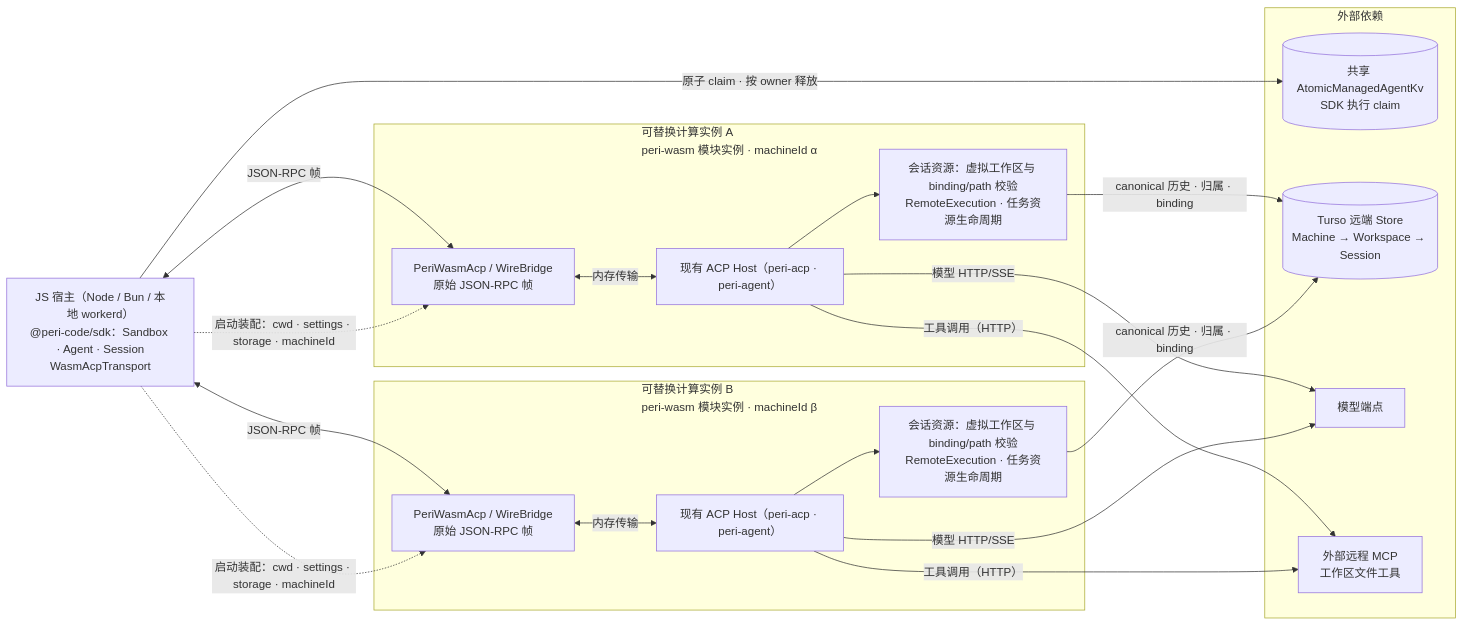
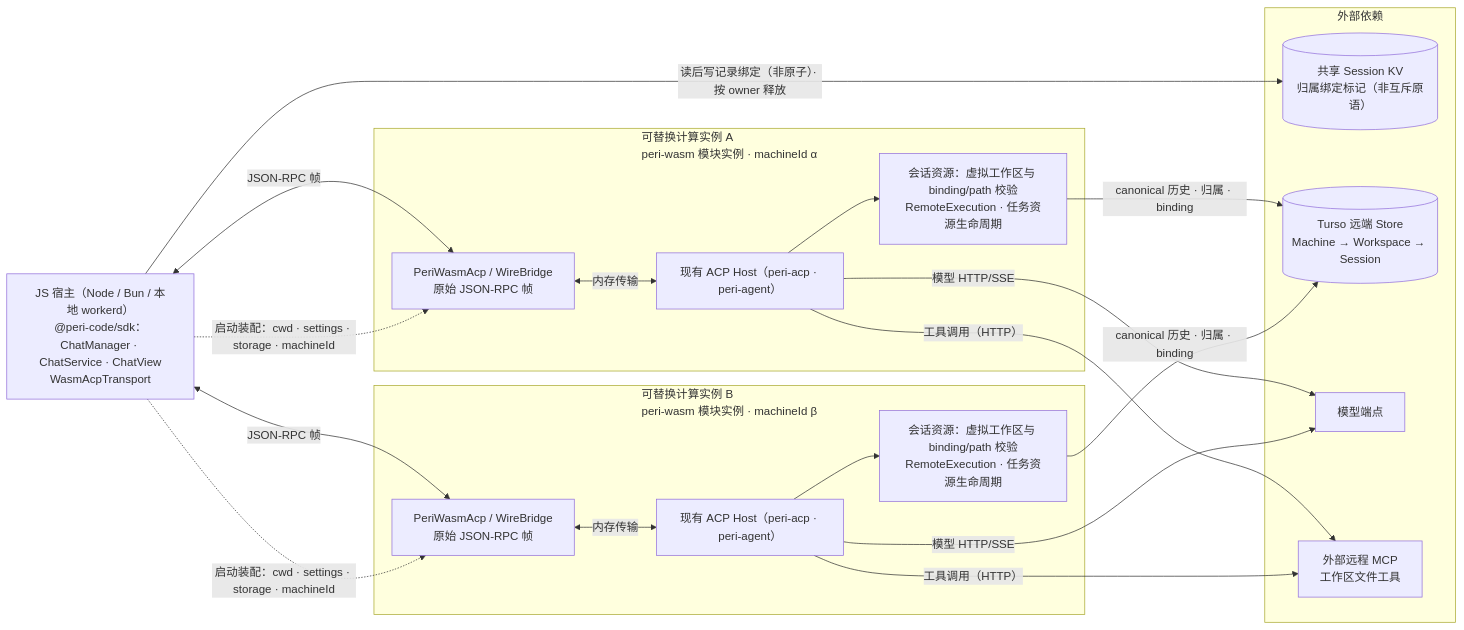
One commit to KonghaYao/peri changed the diagram in docs/design/serverless-execution-identity.md. Above: the diagram before and after it, drawn with Mermaid. The commit also changed other lines of this file and 400 other files, not shown here.

First line of the commit message:
feat(peri-cf): 完成 Chat 仿照与服务端 Agent 链重构 (#269)

````diff
--- a/docs/design/serverless-execution-identity.md
+++ b/docs/design/serverless-execution-identity.md
@@ -14,40 +14,40 @@
 ```mermaid
 flowchart LR
-    Host["JS 宿主（Node / Bun / 本地 workerd）<br/>@peri-code/sdk：Sandbox · Agent · Session<br/>WasmAcpTransport"]
+    Host["JS 宿主（Node / Bun / 本地 workerd）<br/>@peri-code/sdk：ChatManager · ChatService · ChatView<br/>WasmAcpTransport"]
 
     subgraph Alpha["可替换计算实例 A<br/>peri-wasm 模块实例 · machineId α"]
         BridgeA["PeriWasmAcp / WireBridge<br/>原始 JSON-RPC 帧"]
         AcpA["现有 ACP Host（peri-acp · peri-agent）"]
         AuthorityA["会话资源：虚拟工作区与 binding/path 校验<br/>RemoteExecution · 任务资源生命周期"]
         BridgeA <-->|"内存传输"| AcpA
         AcpA --> AuthorityA
     end
 
     subgraph Beta["可替换计算实例 B<br/>peri-wasm 模块实例 · machineId β"]
         BridgeB["PeriWasmAcp / WireBridge<br/>原始 JSON-RPC 帧"]
         AcpB["现有 ACP Host（peri-acp · peri-agent）"]
         AuthorityB["会话资源：虚拟工作区与 binding/path 校验<br/>RemoteExecution · 任务资源生命周期"]
         BridgeB <-->|"内存传输"| AcpB
         AcpB --> AuthorityB
     end
 
     subgraph External["外部依赖"]
-        Kv[("共享 AtomicManagedAgentKv<br/>SDK 执行 claim")]
+        Kv[("共享 Session KV<br/>归属绑定标记（非互斥原语）")]
         Store[("Turso 远端 Store<br/>Machine → Workspace → Session")]
         Model["模型端点"]
         Mcp["外部远程 MCP<br/>工作区文件工具"]
     end
 
     Host <-->|"JSON-RPC 帧"| BridgeA
     Host -.->|"启动装配：cwd · settings · storage · machineId"| BridgeA
-    Host -->|"原子 claim · 按 owner 释放"| Kv
+    Host -->|"读后写记录绑定（非原子）· 按 owner 释放"| Kv
     AuthorityA -->|"canonical 历史 · 归属 · binding"| Store
     AcpA -->|"模型 HTTP/SSE"| Model
     AcpA -->|"工具调用（HTTP）"| Mcp
 
     Host <-->|"JSON-RPC 帧"| BridgeB
     Host -.->|"启动装配：cwd · settings · storage · machineId"| BridgeB
     AuthorityB -->|"canonical 历史 · 归属 · binding"| Store
     AcpB -->|"模型 HTTP/SSE"| Model
     AcpB -->|"工具调用（HTTP）"| Mcp
 ```
````
